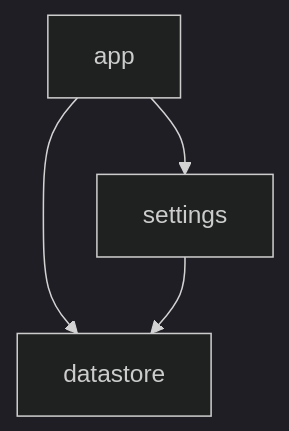
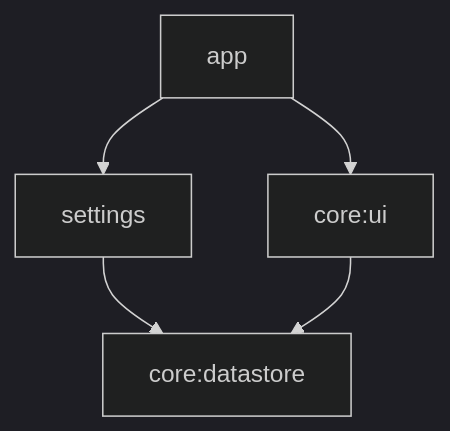
The diagram in README.md (VladDaniliuk/AllApis), drawn with Mermaid (dark theme) before and after one commit. The commit also changed 7 other files, not shown here.

Commit message:
- Create gitignore files for settings and core:ui modules.  - Create detekt.yml files for settings and core:ui modules.  - Add android library plugin to toml file.  - Create proguard-rules files fot settings and core:ui modules.  - Update modules scheme in README.md.

````diff
--- a/README.md
+++ b/README.md
@@ -4,6 +4,8 @@
 ```mermaid
-graph TD;
-    app-->settings;
-    app-->datastore;
-    settings-->datastore;
+graph TD
+    app-->core:ui
+    app-->settings
+    settings-->core:datastore
+    core:ui-->core:datastore
+    core:datastore
 ```
````
